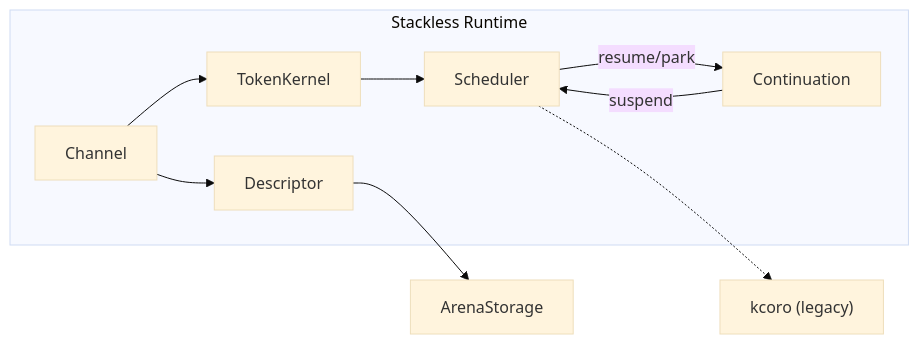
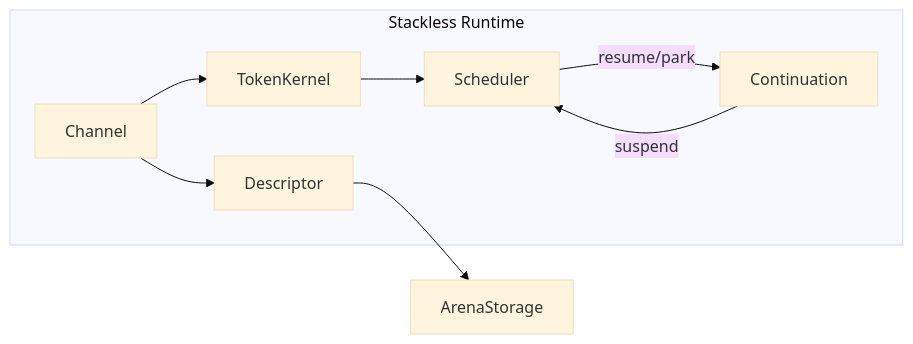
The diagram in docs/README.md (kotlinmania/llama.kotlin), drawn with Mermaid (base theme) before and after one commit. The commit also changed other lines of this file and 29 other files, not shown here.

````diff
--- a/docs/README.md
+++ b/docs/README.md
@@ -24,12 +21,11 @@
   ```mermaid
   flowchart LR
       subgraph Stackless Runtime
           Scheduler -->|resume/park| Continuation
           Continuation -->|suspend| Scheduler
           Channel --> TokenKernel
           TokenKernel --> Scheduler
           Channel --> Descriptor
       end
       Descriptor --> ArenaStorage
-      Scheduler -.-> LegacyKCoro["kcoro (legacy)"]
   ```
````
